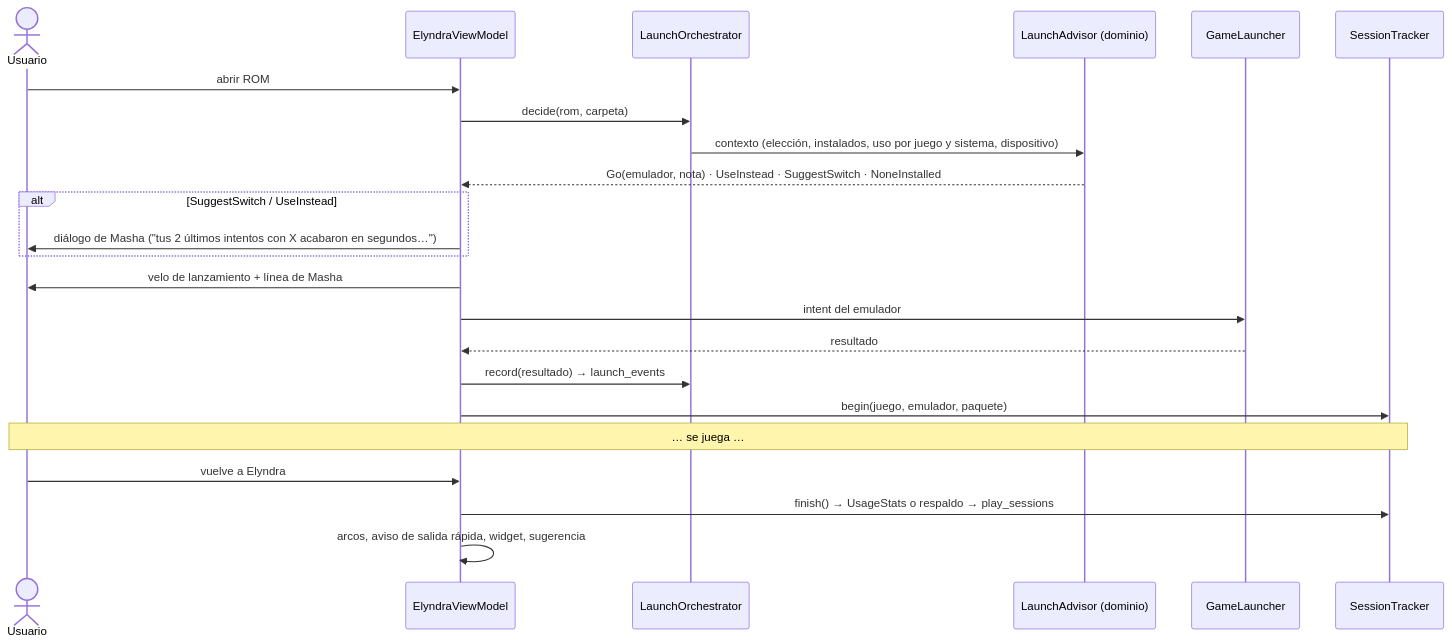
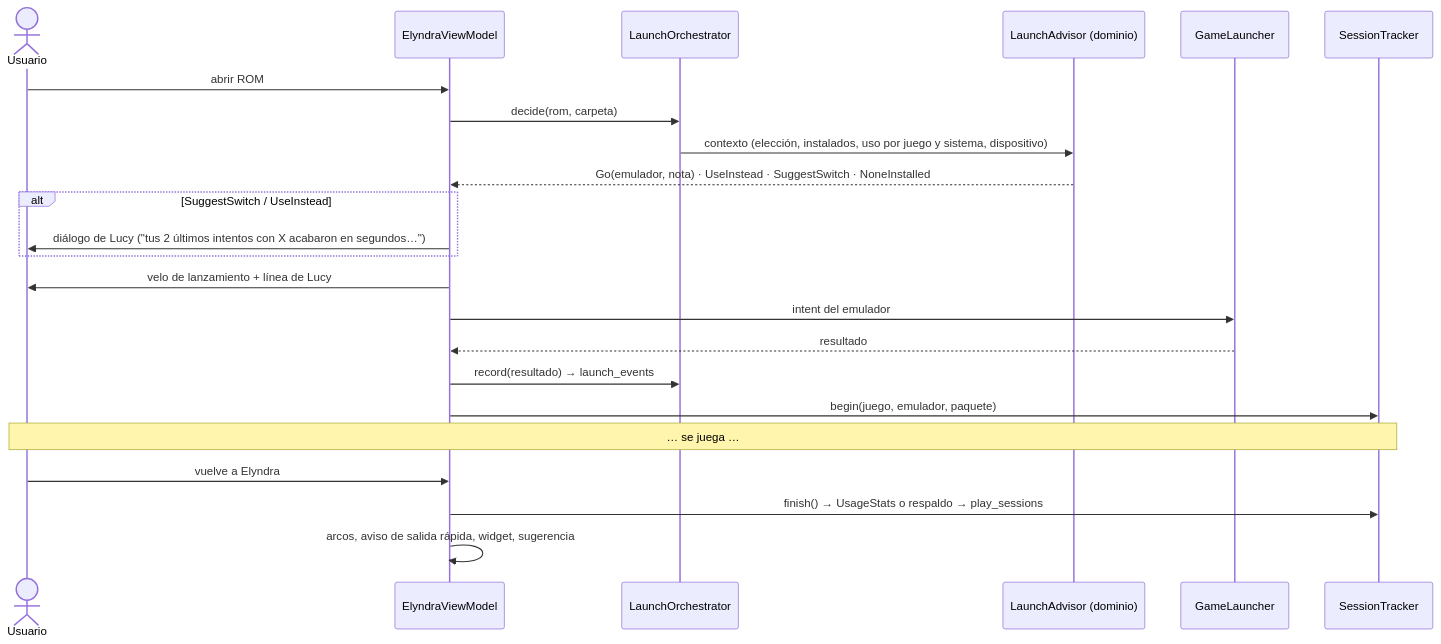
The third of 5 diagrams in docs/ARCHITECTURE.md (jefer02/Elyndra), drawn with Mermaid before and after one commit. The commit also changed other lines of this file and 18 other files, not shown here.

````diff
--- a/docs/ARCHITECTURE.md
+++ b/docs/ARCHITECTURE.md
@@ -234,25 +239,25 @@
 ```mermaid
 sequenceDiagram
   actor U as Usuario
   participant VM as ElyndraViewModel
   participant LO as LaunchOrchestrator
   participant LA as LaunchAdvisor (dominio)
   participant GL as GameLauncher
   participant ST as SessionTracker
   U->>VM: abrir ROM
   VM->>LO: decide(rom, carpeta)
   LO->>LA: contexto (elección, instalados, uso por juego y sistema, dispositivo)
   LA-->>VM: Go(emulador, nota) · UseInstead · SuggestSwitch · NoneInstalled
   alt SuggestSwitch / UseInstead
-    VM->>U: diálogo de Masha ("tus 2 últimos intentos con X acabaron en segundos…")
+    VM->>U: diálogo de Lucy ("tus 2 últimos intentos con X acabaron en segundos…")
   end
-  VM->>U: velo de lanzamiento + línea de Masha
+  VM->>U: velo de lanzamiento + línea de Lucy
   VM->>GL: intent del emulador
   GL-->>VM: resultado
   VM->>LO: record(resultado) → launch_events
   VM->>ST: begin(juego, emulador, paquete)
   Note over U,ST: … se juega …
   U->>VM: vuelve a Elyndra
   VM->>ST: finish() → UsageStats o respaldo → play_sessions
   VM->>VM: arcos, aviso de salida rápida, widget, sugerencia
 ```
````
